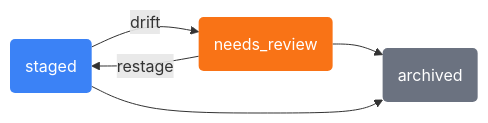
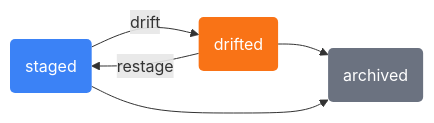
The third of 6 diagrams in docs/learn/deployments.mdx (mirurobotics/docs), drawn with Mermaid before and after one commit. The commit also changed other lines of this file and 3 other files, not shown here.

Commit message:
refactor: remove 'removing' status and rename 'needs_review' -> 'drifted'

````diff
--- a/docs/learn/deployments.mdx
+++ b/docs/learn/deployments.mdx
@@ -196,11 +194,11 @@
 ```mermaid
 flowchart LR
     classDef blue fill:#3b82f6,color:#fff,stroke:none
     classDef orange fill:#f97316,color:#fff,stroke:none
     classDef gray fill:#6b7280,color:#fff,stroke:none
 
-    A(staged):::blue -- drift --> B(needs_review):::orange
+    A(staged):::blue -- drift --> B(drifted):::orange
     B -- restage --> A
     B --> C(archived):::gray
     A --> C
 ```
````
